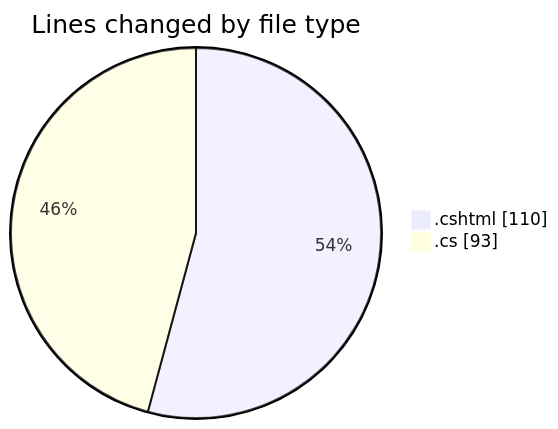
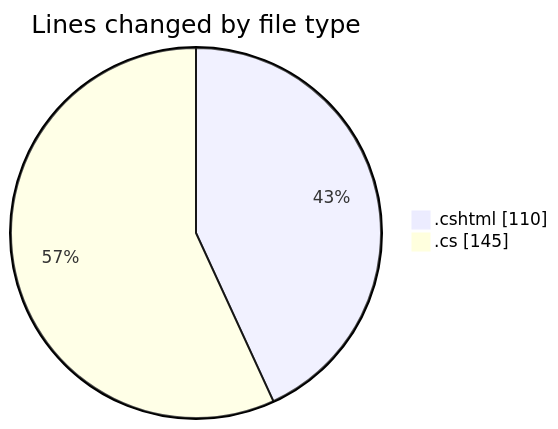
One commit to lephambinh05/code-tracking changed the first of 2 diagrams in 2025-07-17/nhahang/README.md. Above: the diagram before and after it, drawn with Mermaid. The commit also changed other lines of this file and 1 other file, not shown here.

````diff
--- a/2025-07-17/nhahang/README.md
+++ b/2025-07-17/nhahang/README.md
@@ -23,6 +24,6 @@
 ```mermaid
 pie showData
 title Lines changed by file type
 ".cshtml" : 110
-".cs" : 93
+".cs" : 145
 ```
````
